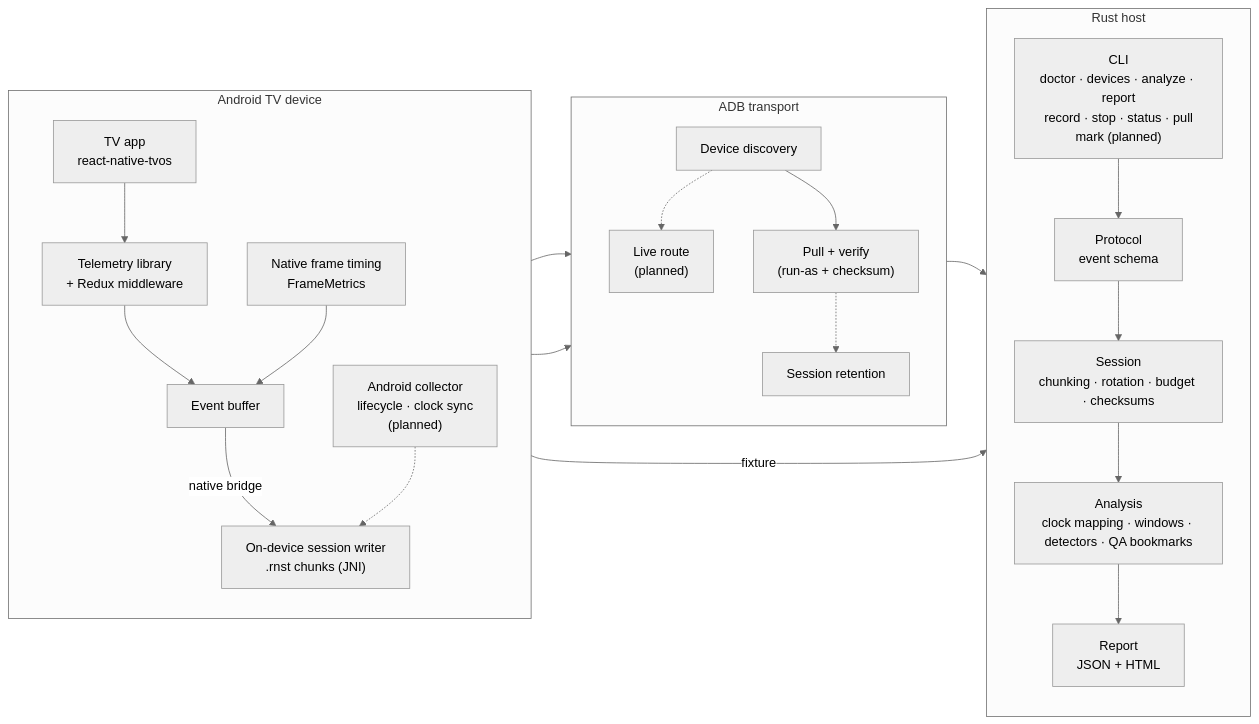
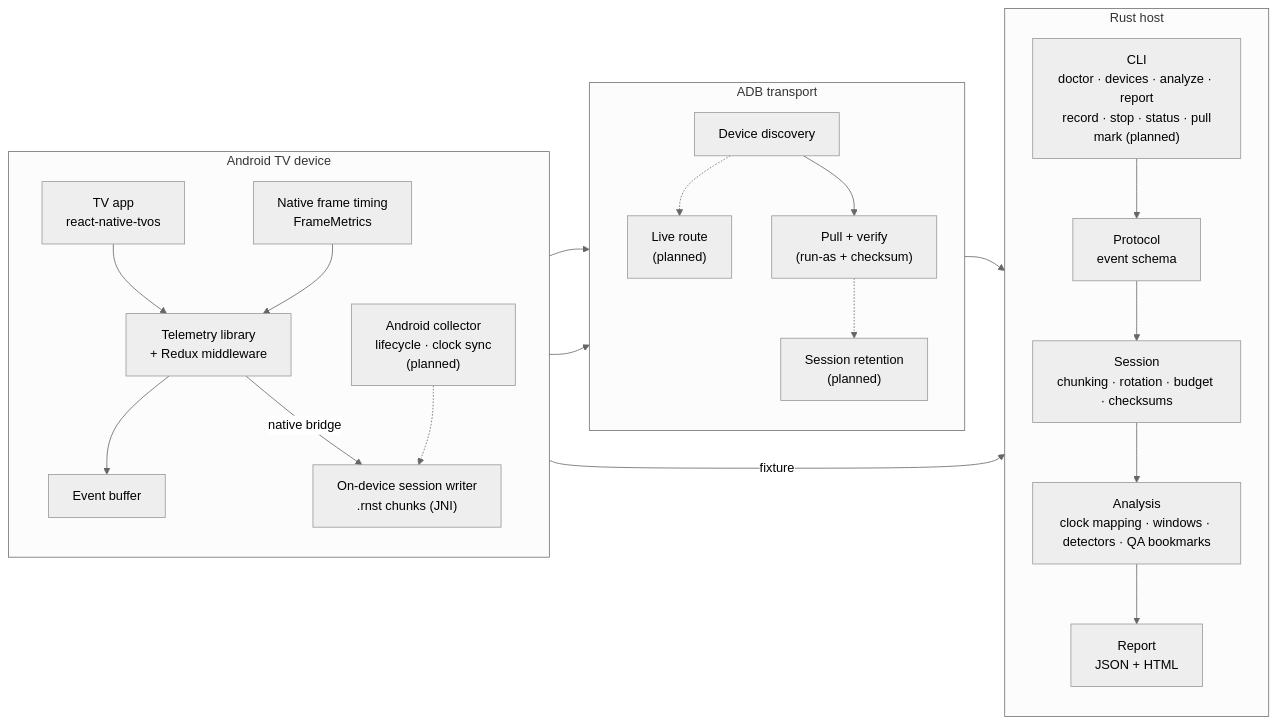
Before and after one commit to undrafted/rn-android-tv-session-telemetry: the diagram in .github/architecture.mmd, drawn with Mermaid. The commit also changed 3 other files, not shown here.

Commit message:
Add a per-finding evidence timeline to the HTML report, fix two architecture.mmd inaccuracies

```diff
--- a/.github/architecture.mmd
+++ b/.github/architecture.mmd
@@ -1,41 +1,42 @@
 %%{init: {"theme": "neutral"}}%%
 flowchart LR
     subgraph Device["Android TV device"]
         direction TB
         App["TV app<br/>react-native-tvos"]
         Lib["Telemetry library<br/>+ Redux middleware"]
         Buffer["Event buffer"]
         FrameTiming["Native frame timing<br/>FrameMetrics"]
         Collector["Android collector<br/>lifecycle · clock sync<br/>(planned)"]
         Writer["On-device session writer<br/>.rnst chunks (JNI)"]
-        App --> Lib --> Buffer
-        FrameTiming --> Buffer
-        Buffer -->|native bridge| Writer
+        App --> Lib
+        FrameTiming --> Lib
+        Lib --> Buffer
+        Lib -->|native bridge| Writer
         Collector -.-> Writer
     end
 
     subgraph Transport["ADB transport"]
         direction TB
         Discover["Device discovery"]
         LiveRoute["Live route<br/>(planned)"]
         Pull["Pull + verify<br/>(run-as + checksum)"]
-        Retain["Session retention"]
+        Retain["Session retention<br/>(planned)"]
         Discover -.-> LiveRoute
         Discover --> Pull
         Pull -.-> Retain
     end
 
     subgraph Host["Rust host"]
         direction TB
         CLI["CLI<br/>doctor · devices · analyze · report<br/>record · stop · status · pull<br/>mark (planned)"]
         Protocol["Protocol<br/>event schema"]
         SessionCrate["Session<br/>chunking · rotation · budget · checksums"]
         Analysis["Analysis<br/>clock mapping · windows · detectors · QA bookmarks"]
         Report["Report<br/>JSON + HTML"]
         CLI --> Protocol --> SessionCrate --> Analysis --> Report
     end
 
     App --> Discover
     Writer --> Pull
     Pull --> CLI
     Buffer -->|fixture| CLI
```
